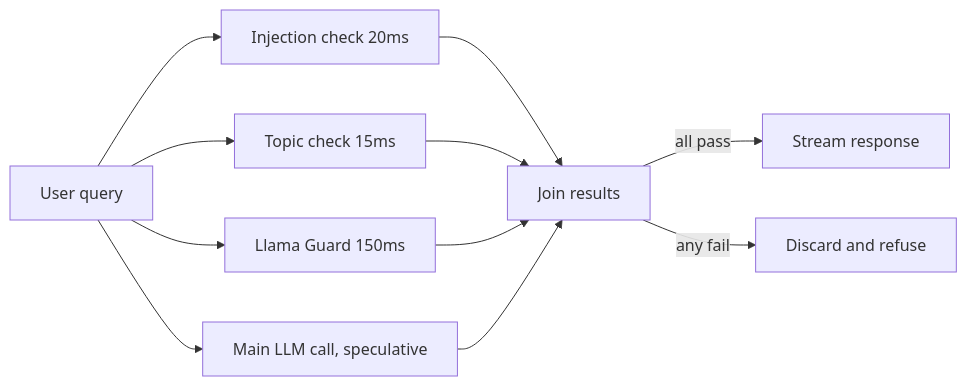
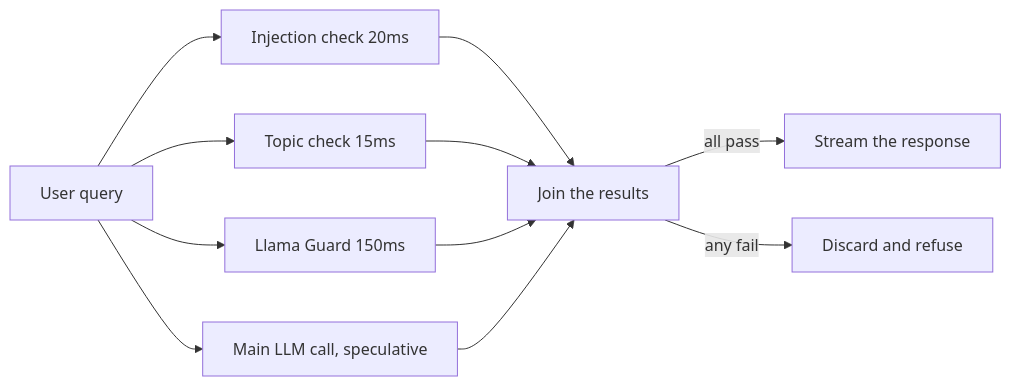
Before and after one commit to flow6979/viewinter: the tenth of 10 diagrams in content-en/11-agentic/08-guardrails.md, drawn with Mermaid. The commit also changed other lines of this file and 26 other files, not shown here.

First line of the commit message:
Agentic AI: rewrite all 13 pages to explain from scratch; animate diagrams on every article

````diff
--- a/content-en/11-agentic/08-guardrails.md
+++ b/content-en/11-agentic/08-guardrails.md
@@ -373,13 +686,13 @@
 ```mermaid
 flowchart LR
     Q["User query"] --> IC["Injection check 20ms"]
     Q --> TC["Topic check 15ms"]
     Q --> LG["Llama Guard 150ms"]
     Q --> M["Main LLM call, speculative"]
-    IC --> J["Join results"]
+    IC --> J["Join the results"]
     TC --> J
     LG --> J
     M --> J
-    J -->|all pass| R["Stream response"]
+    J -->|all pass| R["Stream the response"]
     J -->|any fail| D["Discard and refuse"]
 ```
````
